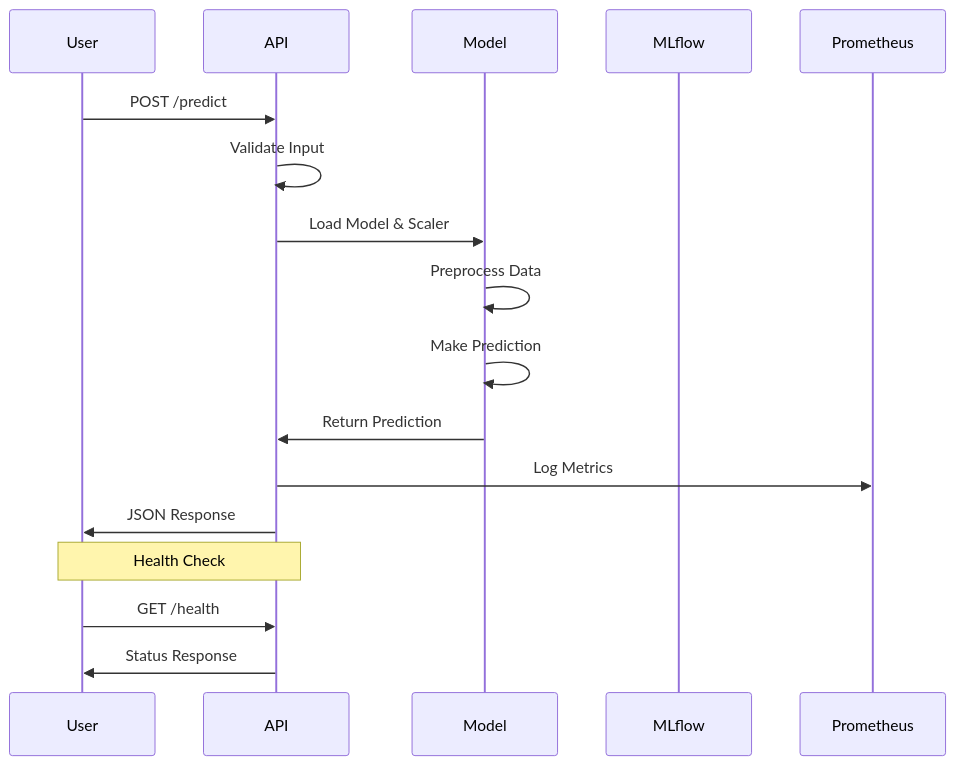
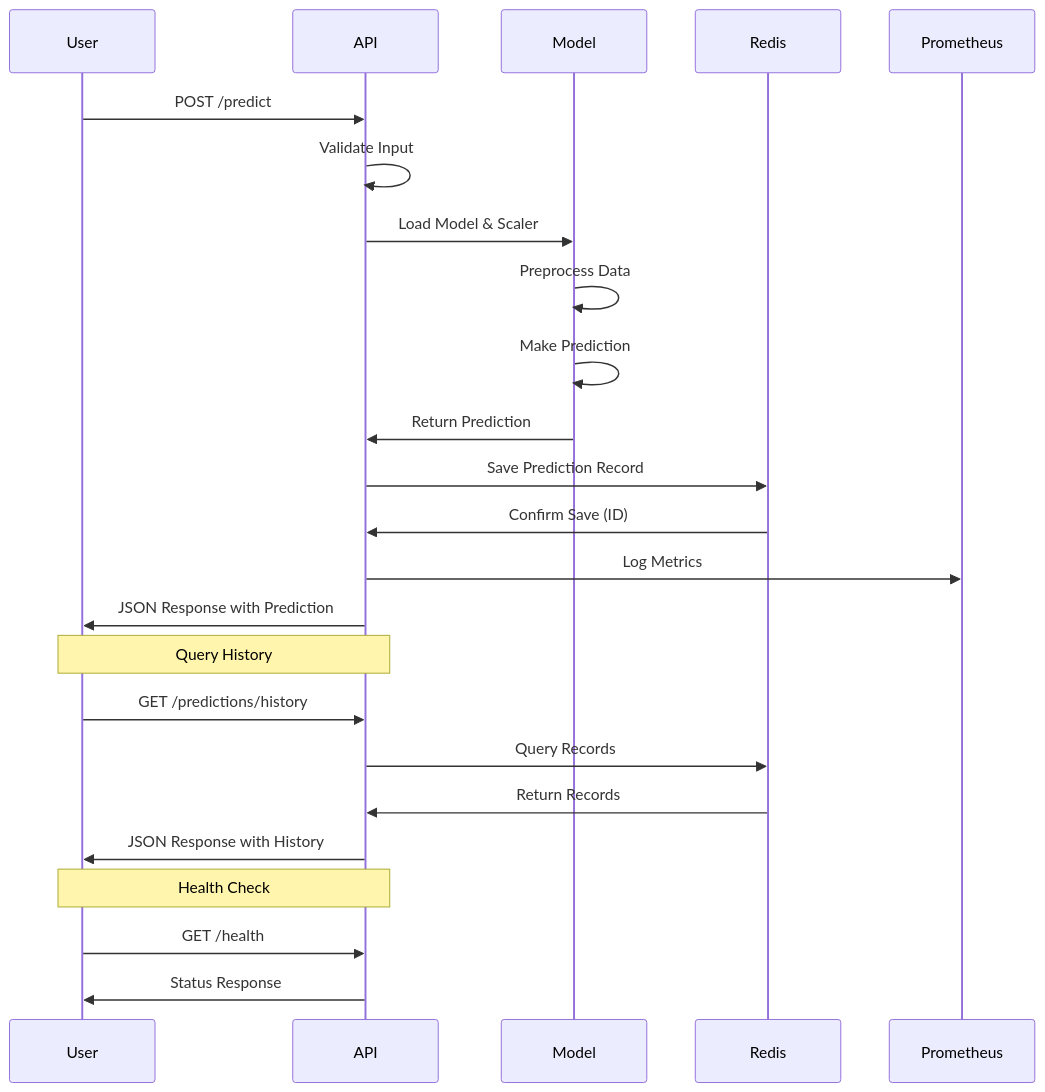
The third of 5 diagrams in README.md (2024ac05841-design/heart-health-classifier), drawn with Mermaid before and after one commit. The commit also changed other lines of this file and 21 other files, not shown here.

````diff
--- a/README.md
+++ b/README.md
@@ -128,21 +134,29 @@
 ```mermaid
 sequenceDiagram
     participant User
     participant API
     participant Model
-    participant MLflow
+    participant Redis
     participant Prometheus
     
     User->>API: POST /predict
     API->>API: Validate Input
     API->>Model: Load Model & Scaler
     Model->>Model: Preprocess Data
     Model->>Model: Make Prediction
     Model->>API: Return Prediction
+    API->>Redis: Save Prediction Record
+    Redis->>API: Confirm Save (ID)
     API->>Prometheus: Log Metrics
-    API->>User: JSON Response
+    API->>User: JSON Response with Prediction
+    
+    Note over User,API: Query History
+    User->>API: GET /predictions/history
+    API->>Redis: Query Records
+    Redis->>API: Return Records
+    API->>User: JSON Response with History
     
     Note over User,API: Health Check
     User->>API: GET /health
     API->>User: Status Response
 ```
````
